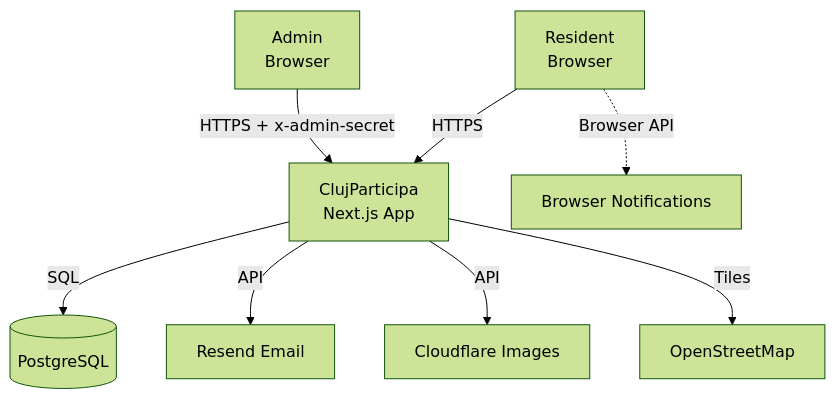
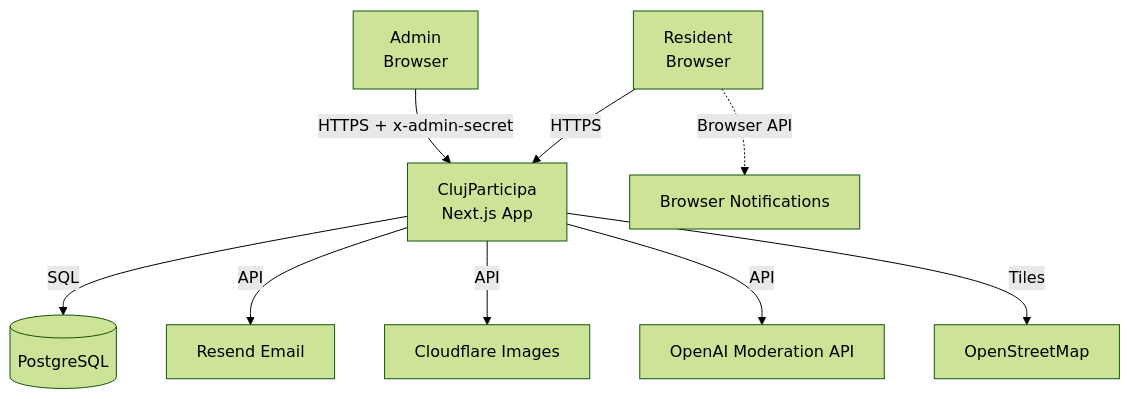
One commit to gergobalogh/clujparticipa changed the first of 2 diagrams in docs/product/architecture/brief.md. Above: the diagram before and after it, drawn with Mermaid (forest theme). The commit also changed other lines of this file and 79 other files, not shown here.

````diff
--- a/docs/product/architecture/brief.md
+++ b/docs/product/architecture/brief.md
@@ -5,10 +5,11 @@
 ```mermaid
 graph TB
     Resident[Resident<br/>Browser] -->|HTTPS| App[ClujParticipa<br/>Next.js App]
     Admin[Admin<br/>Browser] -->|HTTPS + x-admin-secret| App
     App -->|SQL| DB[(PostgreSQL)]
     App -->|API| Resend[Resend Email]
     App -->|API| Cloudflare[Cloudflare Images]
+    App -->|API| OpenAI[OpenAI Moderation API]
     App -->|Tiles| OSM[OpenStreetMap]
     Resident -.->|Browser API| Notifications[Browser Notifications]
 ```
````
